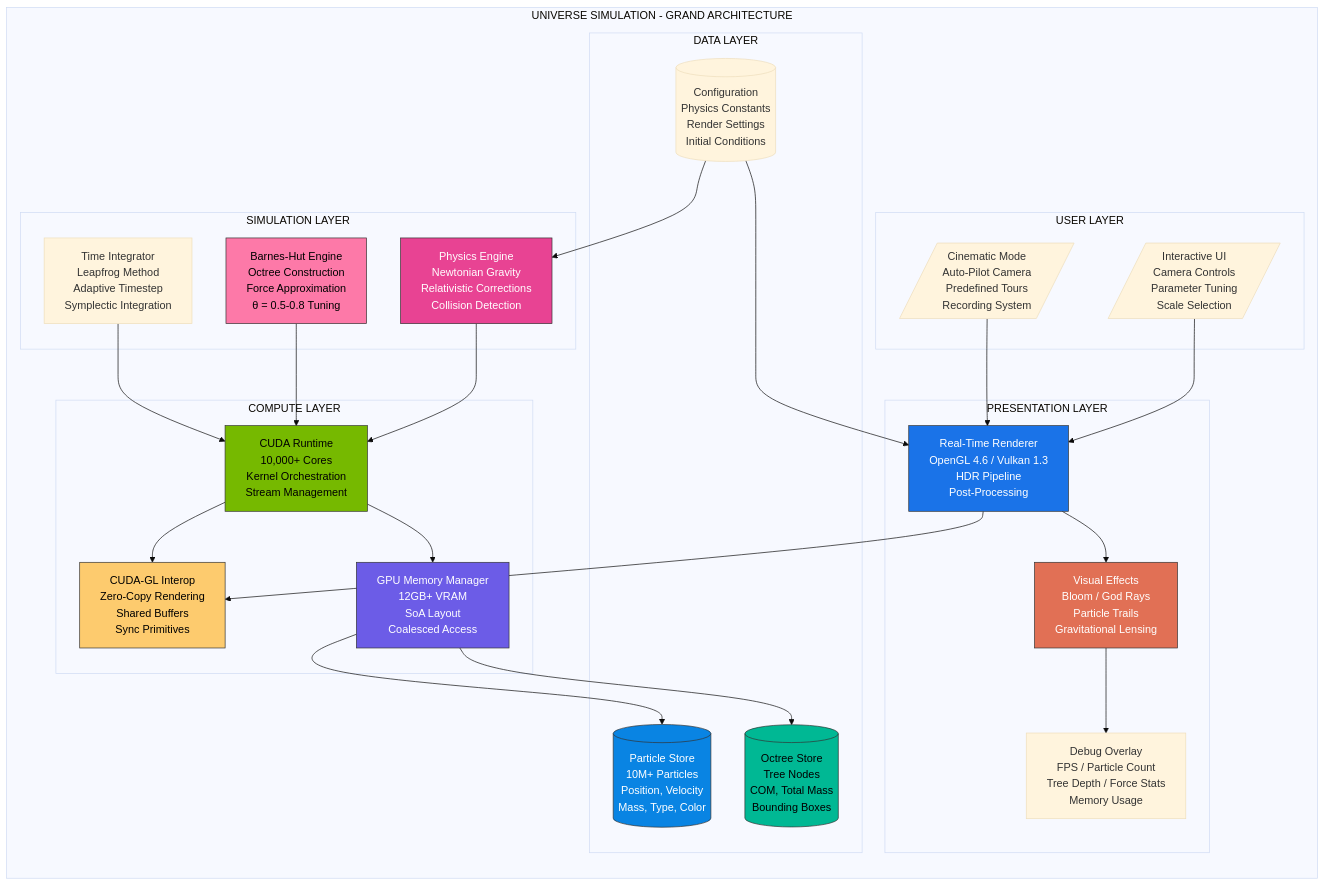
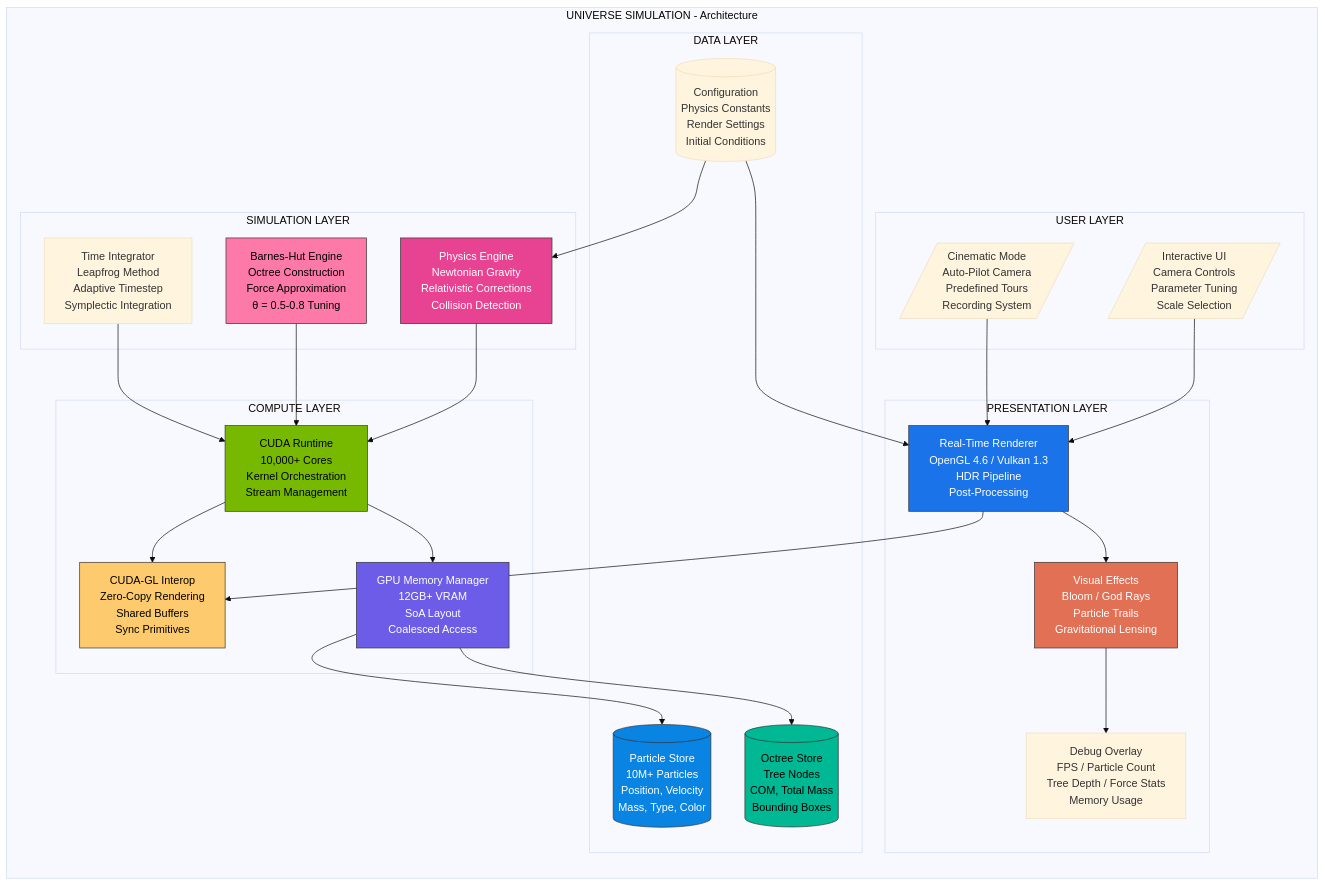
The first of 29 diagrams in readme.md (samudragupto/universe-sim), drawn with Mermaid (base theme) before and after one commit. The commit also changed other lines of this file and 1 other file, not shown here.

````diff
--- a/readme.md
+++ b/readme.md
@@ -10,60 +10,60 @@
 ```mermaid
 graph TB
-    subgraph "UNIVERSE SIMULATION - GRAND ARCHITECTURE"
+    subgraph "UNIVERSE SIMULATION - Architecture"
         direction TB
         
         subgraph "USER LAYER"
             UI[/"Interactive UI<br/>Camera Controls<br/>Parameter Tuning<br/>Scale Selection"/]
             CINEMA[/"Cinematic Mode<br/>Auto-Pilot Camera<br/>Predefined Tours<br/>Recording System"/]
         end
         
         subgraph "PRESENTATION LAYER"
             RENDER["Real-Time Renderer<br/>OpenGL 4.6 / Vulkan 1.3<br/>HDR Pipeline<br/>Post-Processing"]
             VFX["Visual Effects<br/>Bloom / God Rays<br/>Particle Trails<br/>Gravitational Lensing"]
             OVERLAY["Debug Overlay<br/>FPS / Particle Count<br/>Tree Depth / Force Stats<br/>Memory Usage"]
         end
         
         subgraph "SIMULATION LAYER"
             PHYSICS["Physics Engine<br/>Newtonian Gravity<br/>Relativistic Corrections<br/>Collision Detection"]
             BARNESHUT["Barnes-Hut Engine<br/>Octree Construction<br/>Force Approximation<br/>θ = 0.5-0.8 Tuning"]
             INTEGRATOR["Time Integrator<br/>Leapfrog Method<br/>Adaptive Timestep<br/>Symplectic Integration"]
         end
         
         subgraph "COMPUTE LAYER"
             CUDA["CUDA Runtime<br/>10,000+ Cores<br/>Kernel Orchestration<br/>Stream Management"]
             INTEROP["CUDA-GL Interop<br/>Zero-Copy Rendering<br/>Shared Buffers<br/>Sync Primitives"]
             MEMORY["GPU Memory Manager<br/>12GB+ VRAM<br/>SoA Layout<br/>Coalesced Access"]
         end
         
         subgraph "DATA LAYER"
             PARTICLES[("Particle Store<br/>10M+ Particles<br/>Position, Velocity<br/>Mass, Type, Color")]
             OCTREE[("Octree Store<br/>Tree Nodes<br/>COM, Total Mass<br/>Bounding Boxes")]
             CONFIG[("Configuration<br/>Physics Constants<br/>Render Settings<br/>Initial Conditions")]
         end
     end
     
     UI --> RENDER
     CINEMA --> RENDER
     RENDER --> VFX
     VFX --> OVERLAY
     RENDER --> INTEROP
     PHYSICS --> CUDA
     BARNESHUT --> CUDA
     INTEGRATOR --> CUDA
     CUDA --> INTEROP
     CUDA --> MEMORY
     MEMORY --> PARTICLES
     MEMORY --> OCTREE
     CONFIG --> PHYSICS
     CONFIG --> RENDER
     
     style CUDA fill:#76b900,stroke:#333,color:#000
     style RENDER fill:#1a73e8,stroke:#333,color:#fff
     style PHYSICS fill:#e84393,stroke:#333,color:#fff
     style BARNESHUT fill:#fd79a8,stroke:#333,color:#000
     style PARTICLES fill:#0984e3,stroke:#333,color:#fff
     style OCTREE fill:#00b894,stroke:#333,color:#000
     style INTEROP fill:#fdcb6e,stroke:#333,color:#000
     style MEMORY fill:#6c5ce7,stroke:#333,color:#fff
     style VFX fill:#e17055,stroke:#333,color:#fff
 ```
````
